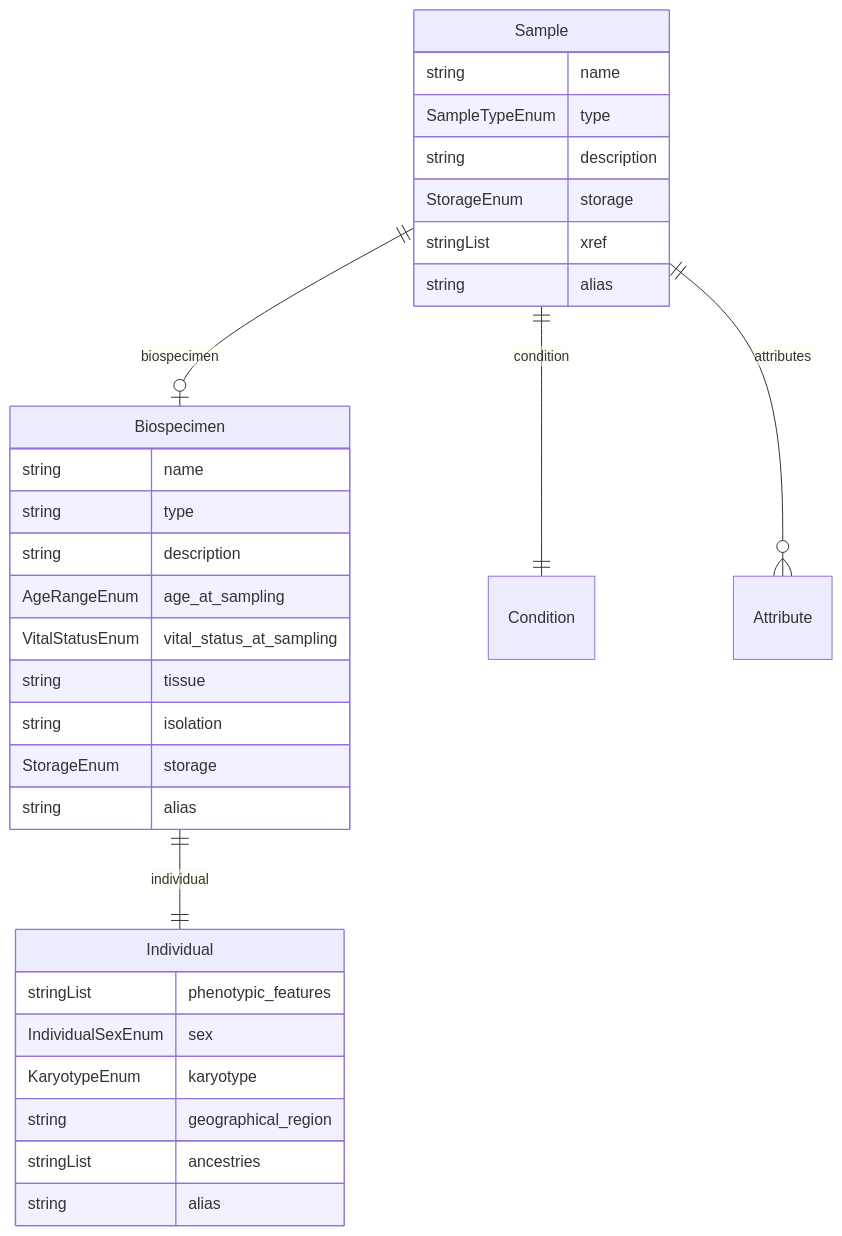
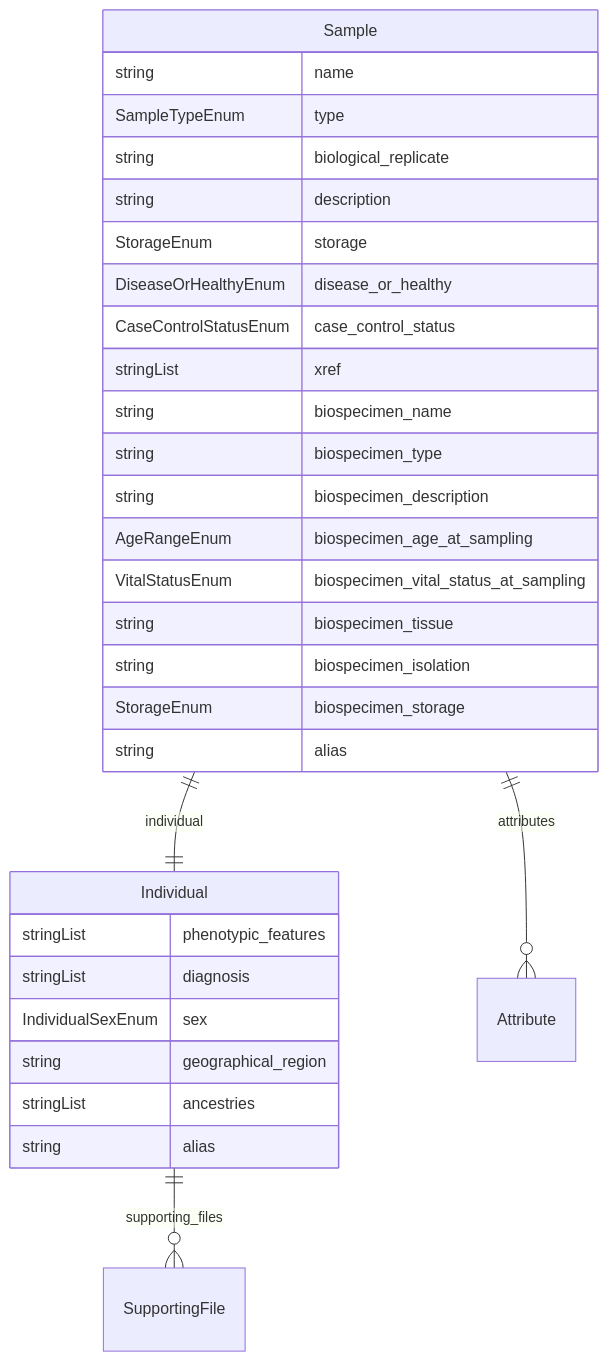
Before and after one commit to ghga-de/ghga-metadata-schema: the fourth of 5 diagrams in docs/entity_relations.md, drawn with Mermaid. The commit also changed other lines of this file and 288 other files, not shown here.

````diff
--- a/docs/entity_relations.md
+++ b/docs/entity_relations.md
@@ -224,36 +154,35 @@
 ```mermaid
 erDiagram
 Individual {
     stringList phenotypic_features  
+    stringList diagnosis  
     IndividualSexEnum sex  
-    KaryotypeEnum karyotype  
     string geographical_region  
     stringList ancestries  
-    string alias  
-}
-Biospecimen {
-    string name  
-    string type  
-    string description  
-    AgeRangeEnum age_at_sampling  
-    VitalStatusEnum vital_status_at_sampling  
-    string tissue  
-    string isolation  
-    StorageEnum storage  
     string alias  
 }
 Sample {
     string name  
     SampleTypeEnum type  
+    string biological_replicate  
     string description  
     StorageEnum storage  
+    DiseaseOrHealthyEnum disease_or_healthy  
+    CaseControlStatusEnum case_control_status  
     stringList xref  
+    string biospecimen_name  
+    string biospecimen_type  
+    string biospecimen_description  
+    AgeRangeEnum biospecimen_age_at_sampling  
+    VitalStatusEnum biospecimen_vital_status_at_sampling  
+    string biospecimen_tissue  
+    string biospecimen_isolation  
+    StorageEnum biospecimen_storage  
     string alias  
 }
 
-Biospecimen ||--|| Individual : "individual"
-Sample ||--|o Biospecimen : "biospecimen"
-Sample ||--|| Condition : "condition"
+Individual ||--}o SupportingFile : "supporting_files"
+Sample ||--|| Individual : "individual"
 Sample ||--}o Attribute : "attributes"
 
 ```
````
